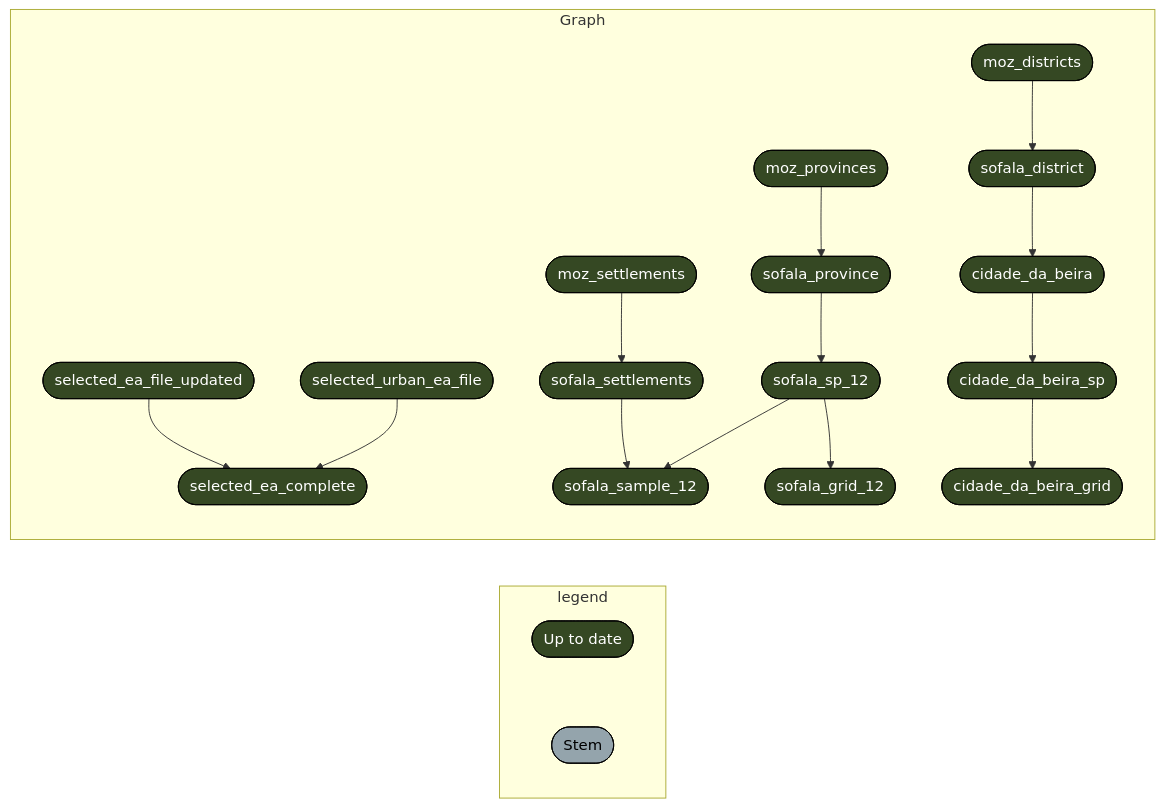
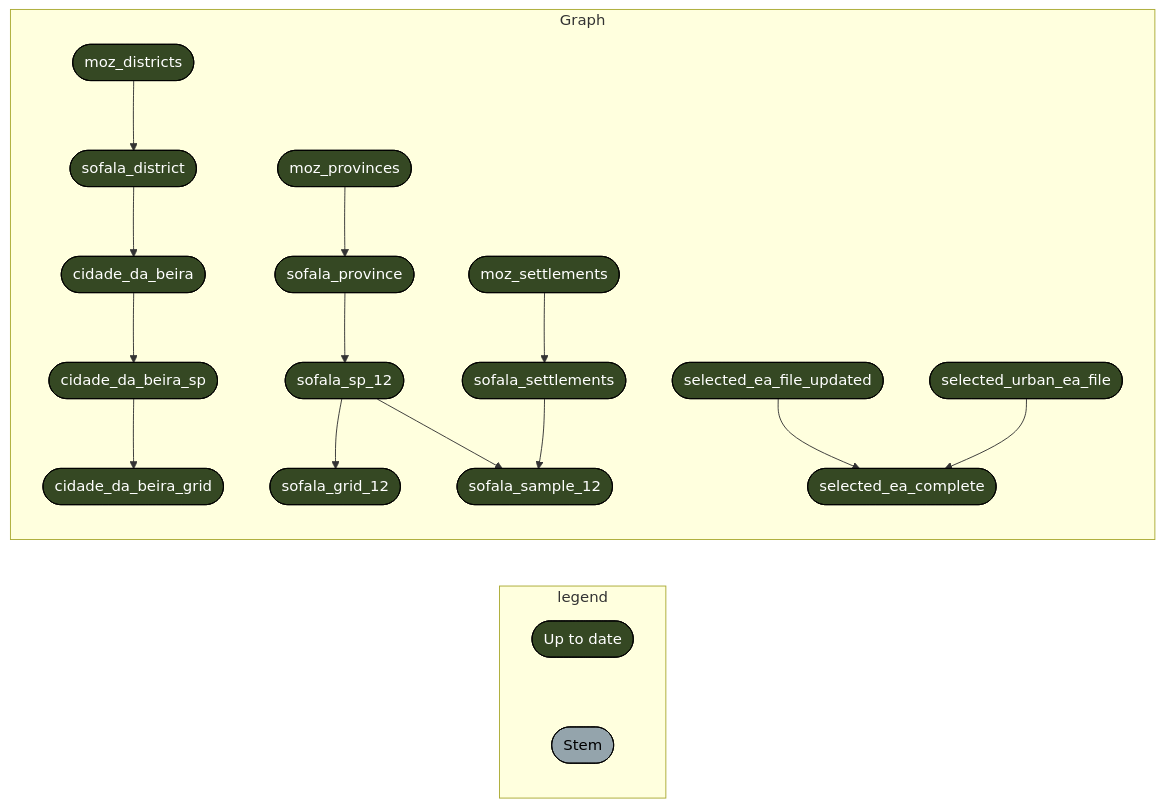
The first of 2 diagrams in README.md (katilingban/mozambique-s3m), drawn with Mermaid before and after one commit. The commit also changed other lines of this file, not shown here.

````diff
--- a/README.md
+++ b/README.md
@@ -29,23 +29,23 @@
 ``` mermaid
 graph LR
   subgraph legend
     x7420bd9270f8d27d([""Up to date""]):::uptodate --- xbf4603d6c2c2ad6b([""Stem""]):::none
   end
   subgraph Graph
-    xeb7dee2731da6b05(["moz_settlements"]):::uptodate --> xb7ac41c07a011c84(["sofala_settlements"]):::uptodate
     x07b06a64d6979765(["cidade_da_beira"]):::uptodate --> x216c8615edb5b18d(["cidade_da_beira_sp"]):::uptodate
     xac05260670c94749(["sofala_district"]):::uptodate --> x07b06a64d6979765(["cidade_da_beira"]):::uptodate
+    x75893273a2726411(["moz_provinces"]):::uptodate --> x89b92e016b1a0789(["sofala_province"]):::uptodate
+    x36ac982d46cbe0a5(["sofala_sp_12"]):::uptodate --> x3e8475df052020ee(["sofala_grid_12"]):::uptodate
+    xb7ac41c07a011c84(["sofala_settlements"]):::uptodate --> xbac0d63338e90727(["sofala_sample_12"]):::uptodate
+    x36ac982d46cbe0a5(["sofala_sp_12"]):::uptodate --> xbac0d63338e90727(["sofala_sample_12"]):::uptodate
+    xeb7dee2731da6b05(["moz_settlements"]):::uptodate --> xb7ac41c07a011c84(["sofala_settlements"]):::uptodate
     x3fcad629bf609680(["selected_ea_file_updated"]):::uptodate --> x92e3f678d50e7191(["selected_ea_complete"]):::uptodate
     xfdb6a9b6a0e24e2c(["selected_urban_ea_file"]):::uptodate --> x92e3f678d50e7191(["selected_ea_complete"]):::uptodate
-    xb7ac41c07a011c84(["sofala_settlements"]):::uptodate --> xbac0d63338e90727(["sofala_sample_12"]):::uptodate
-    x36ac982d46cbe0a5(["sofala_sp_12"]):::uptodate --> xbac0d63338e90727(["sofala_sample_12"]):::uptodate
-    x75893273a2726411(["moz_provinces"]):::uptodate --> x89b92e016b1a0789(["sofala_province"]):::uptodate
     x89b92e016b1a0789(["sofala_province"]):::uptodate --> x36ac982d46cbe0a5(["sofala_sp_12"]):::uptodate
     x2ae35f7d7ffcedde(["moz_districts"]):::uptodate --> xac05260670c94749(["sofala_district"]):::uptodate
-    x36ac982d46cbe0a5(["sofala_sp_12"]):::uptodate --> x3e8475df052020ee(["sofala_grid_12"]):::uptodate
     x216c8615edb5b18d(["cidade_da_beira_sp"]):::uptodate --> x91135f521fae67c1(["cidade_da_beira_grid"]):::uptodate
   end
   classDef uptodate stroke:#000000,color:#ffffff,fill:#354823;
   classDef none stroke:#000000,color:#000000,fill:#94a4ac;
   linkStyle 0 stroke-width:0px;
 ```
````
